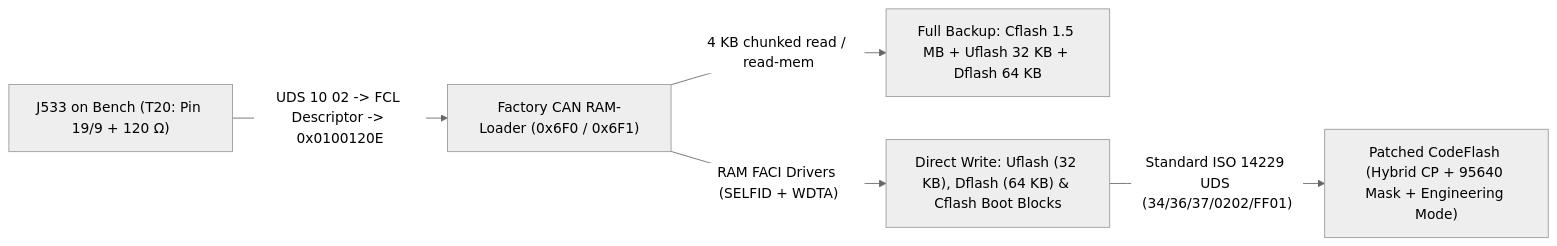
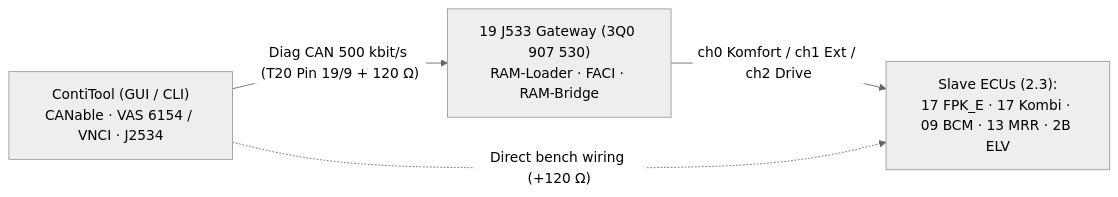
Before and after one commit to perkthefox/mqb_contitool: the diagram in README.en.md, drawn with Mermaid (neutral theme). The commit also changed other lines of this file and 7 other files, not shown here.

````diff
--- a/README.en.md
+++ b/README.en.md
@@ -82,7 +142,6 @@
 ```mermaid
 flowchart LR
-    T20["J533 on Bench (T20: Pin 19/9 + 120 Ω)"] -->|"UDS 10 02 -> FCL Descriptor -> 0x0100120E"| RAM["Factory CAN RAM-Loader (0x6F0 / 0x6F1)"]
-    RAM -->|"4 KB chunked read / read-mem"| BKP["Full Backup: Cflash 1.5 MB + Uflash 32 KB + Dflash 64 KB"]
-    RAM -->|"RAM FACI Drivers (SELFID + WDTA)"| FACI["Direct Write: Uflash (32 KB), Dflash (64 KB) & Cflash Boot Blocks"]
-    FACI -->|"Standard ISO 14229 UDS (34/36/37/0202/FF01)"| CFL["Patched CodeFlash (Hybrid CP + 95640 Mask + Engineering Mode)"]
+    PC["ContiTool (GUI / CLI)<br/>CANable · VAS 6154 / VNCI · J2534"] -->|"Diag CAN 500 kbit/s (T20 Pin 19/9 + 120 Ω)"| GW["19 J533 Gateway (3Q0 907 530)<br/>RAM-Loader · FACI · RAM-Bridge"]
+    GW -->|"ch0 Komfort / ch1 Ext / ch2 Drive"| SLV["Slave ECUs (2.3):<br/>17 FPK_E · 17 Kombi · 09 BCM · 13 MRR · 2B ELV"]
+    PC -.->|"Direct bench wiring (+120 Ω)"| SLV
 ```
````
